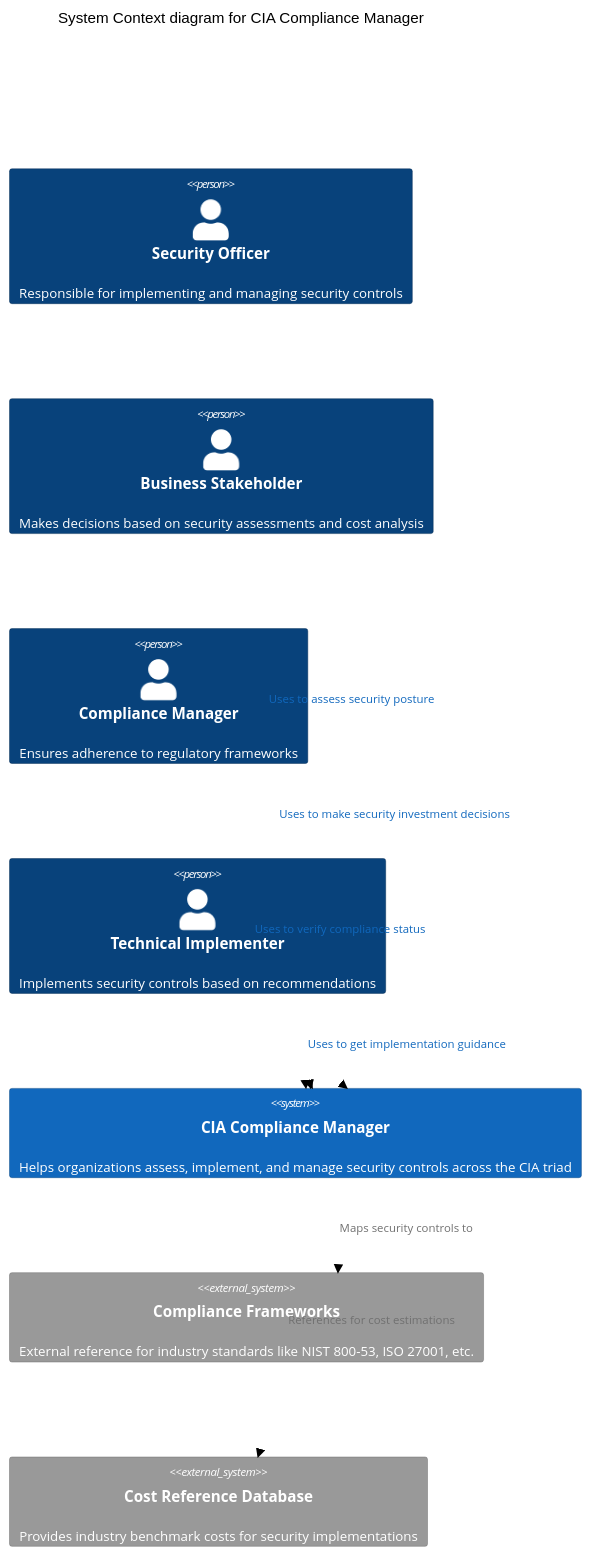
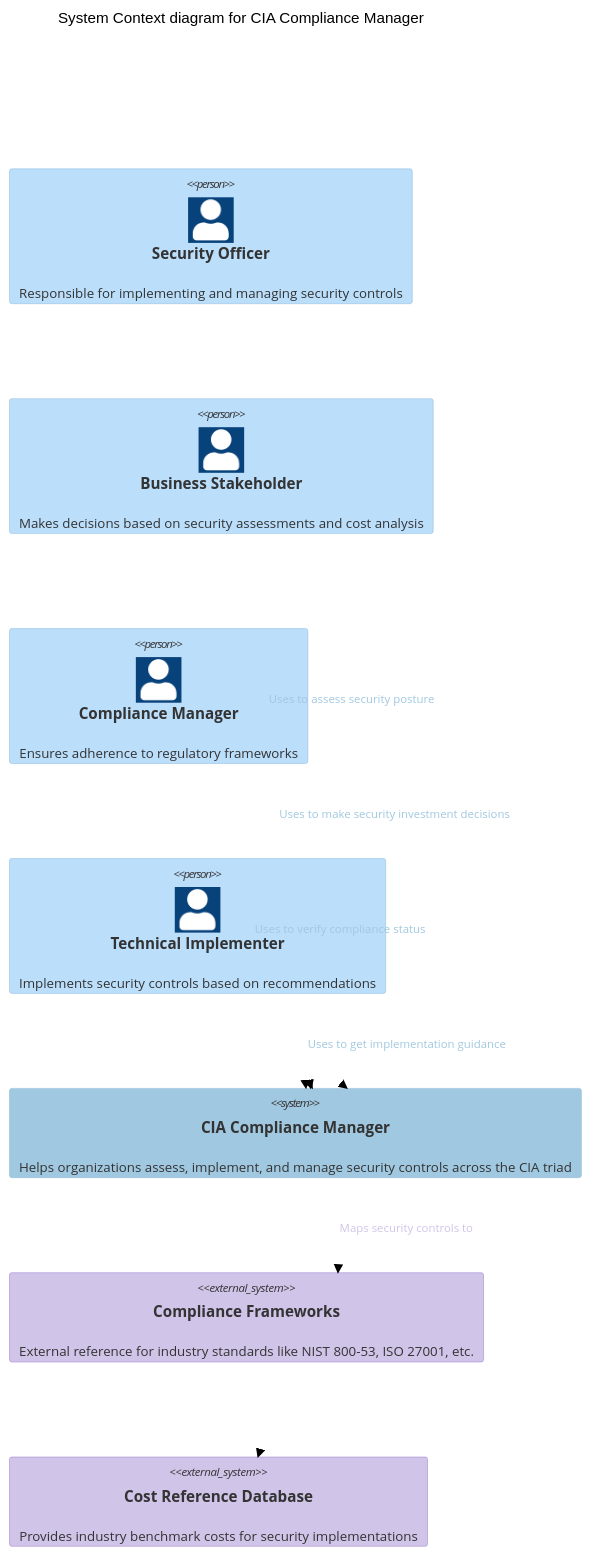
One commit to Hack23/cia-compliance-manager changed the first of 4 diagrams in docs/architecture/ARCHITECTURE.md. Above: the diagram before and after it, drawn with Mermaid (forest theme). The commit also changed other lines of this file and 4 other files, not shown here.

Commit message:
Revise compliance evaluation flowcharts to enhance clarity and detail, updating process steps and visual elements for better understanding.

````diff
--- a/docs/architecture/ARCHITECTURE.md
+++ b/docs/architecture/ARCHITECTURE.md
@@ -37,42 +37,42 @@
 ```mermaid
 C4Context
   title System Context diagram for CIA Compliance Manager
 
   Person(securityOfficer, "Security Officer", "Responsible for implementing and managing security controls")
   Person(businessStakeholder, "Business Stakeholder", "Makes decisions based on security assessments and cost analysis")
   Person(complianceManager, "Compliance Manager", "Ensures adherence to regulatory frameworks")
   Person(technicalImplementer, "Technical Implementer", "Implements security controls based on recommendations")
 
   System(ciaCM, "CIA Compliance Manager", "Helps organizations assess, implement, and manage security controls across the CIA triad")
 
   System_Ext(complianceFrameworks, "Compliance Frameworks", "External reference for industry standards like NIST 800-53, ISO 27001, etc.")
   System_Ext(costDatabase, "Cost Reference Database", "Provides industry benchmark costs for security implementations")
 
   Rel(securityOfficer, ciaCM, "Uses to assess security posture")
   Rel(businessStakeholder, ciaCM, "Uses to make security investment decisions")
   Rel(complianceManager, ciaCM, "Uses to verify compliance status")
   Rel(technicalImplementer, ciaCM, "Uses to get implementation guidance")
 
   Rel(ciaCM, complianceFrameworks, "Maps security controls to")
   Rel(ciaCM, costDatabase, "References for cost estimations")
 
   UpdateLayoutConfig($c4ShapeInRow="3", $c4BoundaryInRow="1")
 
-  %% Colors and styles
-  UpdateRelStyle(securityOfficer, ciaCM, "#1168bd", "bold")
-  UpdateRelStyle(businessStakeholder, ciaCM, "#1168bd", "bold")
-  UpdateRelStyle(complianceManager, ciaCM, "#1168bd", "bold")
-  UpdateRelStyle(technicalImplementer, ciaCM, "#1168bd", "bold")
+  %% Cool color scheme
+  UpdateElementStyle(securityOfficer, $fontColor="#333333", $bgColor="#bbdefb", $borderColor="#86b5d9")
+  UpdateElementStyle(businessStakeholder, $fontColor="#333333", $bgColor="#bbdefb", $borderColor="#86b5d9")
+  UpdateElementStyle(complianceManager, $fontColor="#333333", $bgColor="#bbdefb", $borderColor="#86b5d9")
+  UpdateElementStyle(technicalImplementer, $fontColor="#333333", $bgColor="#bbdefb", $borderColor="#86b5d9")
 
-  UpdateRelStyle(ciaCM, complianceFrameworks, "#707070", "dashed")
-  UpdateRelStyle(ciaCM, costDatabase, "#707070", "dashed")
+  UpdateElementStyle(ciaCM, $fontColor="#333333", $bgColor="#a0c8e0", $borderColor="#86b5d9")
+  UpdateElementStyle(complianceFrameworks, $fontColor="#333333", $bgColor="#d1c4e9", $borderColor="#9575cd")
+  UpdateElementStyle(costDatabase, $fontColor="#333333", $bgColor="#d1c4e9", $borderColor="#9575cd")
 
-  UpdateElementStyle(securityOfficer, $fontColor="#ffffff", $bgColor="#08427b", $borderColor="#052E56")
-  UpdateElementStyle(businessStakeholder, $fontColor="#ffffff", $bgColor="#08427b", $borderColor="#052E56")
-  UpdateElementStyle(complianceManager, $fontColor="#ffffff", $bgColor="#08427b", $borderColor="#052E56")
-  UpdateElementStyle(technicalImplementer, $fontColor="#ffffff", $bgColor="#08427b", $borderColor="#052E56")
+  UpdateRelStyle(securityOfficer, ciaCM, "#a0c8e0", "bold")
+  UpdateRelStyle(businessStakeholder, ciaCM, "#a0c8e0", "bold")
+  UpdateRelStyle(complianceManager, ciaCM, "#a0c8e0", "bold")
+  UpdateRelStyle(technicalImplementer, ciaCM, "#a0c8e0", "bold")
 
-  UpdateElementStyle(ciaCM, $fontColor="#ffffff", $bgColor="#1168bd", $borderColor="#0b4884")
-  UpdateElementStyle(complianceFrameworks, $fontColor="#ffffff", $bgColor="#999999", $borderColor="#6b6b6b")
-  UpdateElementStyle(costDatabase, $fontColor="#ffffff", $bgColor="#999999", $borderColor="#6b6b6b")
+  UpdateRelStyle(ciaCM, complianceFrameworks, "#d1c4e9", "dashed")
+  UpdateRelStyle(ciaCM, costDatabase, "#d1c4e9", "dashed")
 ```
````
